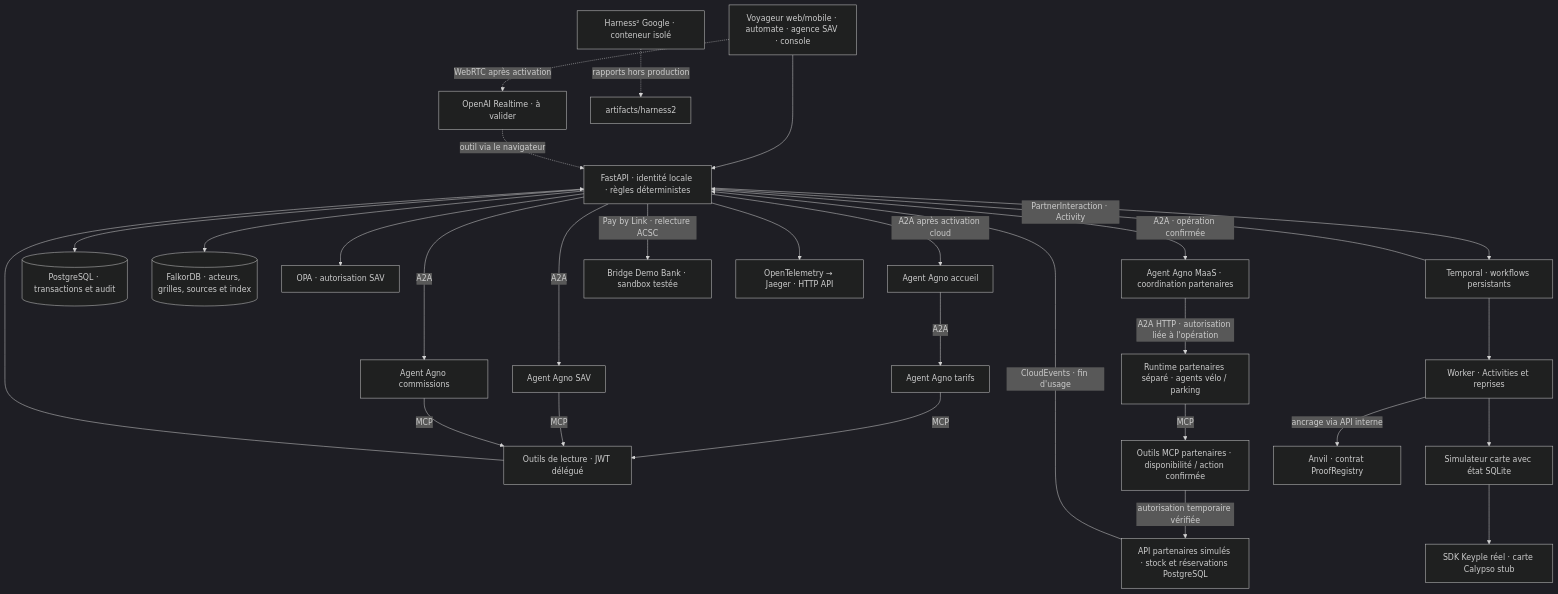
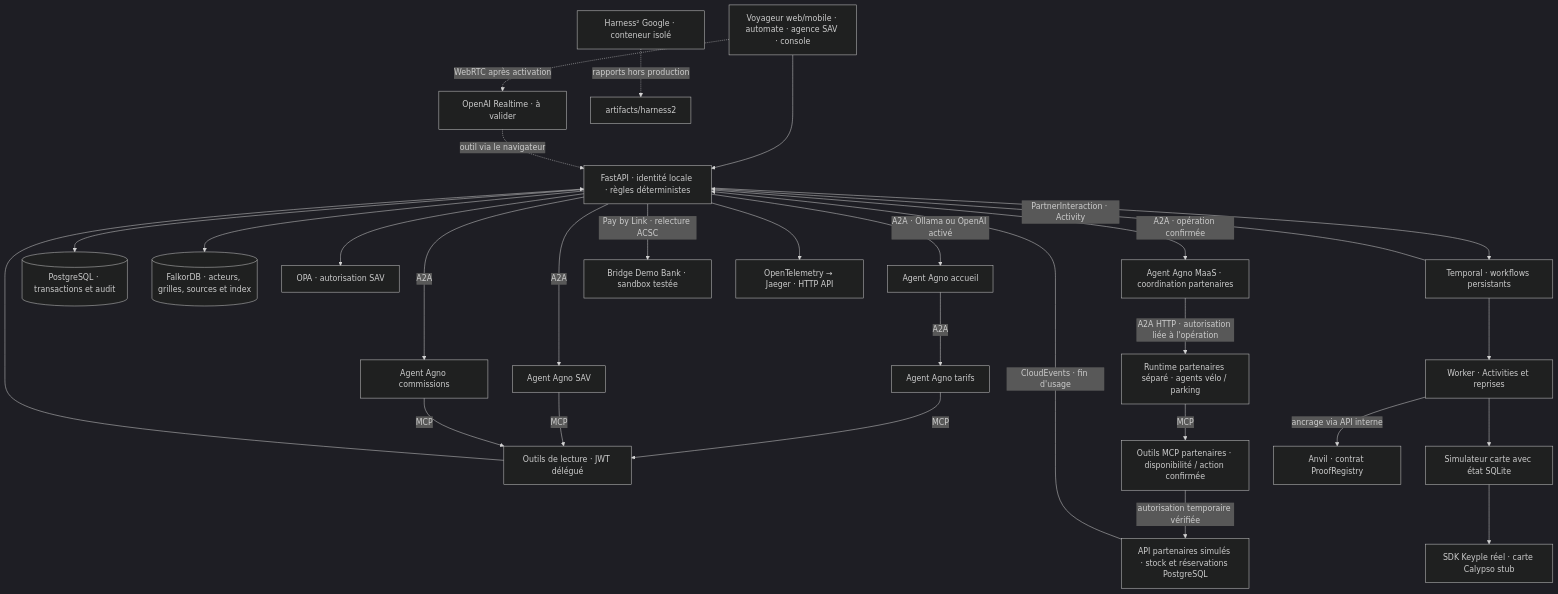
One commit to MaillardBenjamin/agentic-maas-lab changed the diagram in README.md. Above: the diagram before and after it, drawn with Mermaid (dark theme). The commit also changed other lines of this file and 5 other files, not shown here.

Commit message:
docs: explain high-level architecture, protocols and trade-offs

````diff
--- a/README.md
+++ b/README.md
@@ -71,31 +75,31 @@
 ```mermaid
 flowchart TB
     UI["Voyageur web/mobile · automate · agence SAV · console"] --> API["FastAPI · identité locale · règles déterministes"]
     UI -. "WebRTC après activation" .-> VOICE["OpenAI Realtime · à valider"]
     VOICE -. "outil via le navigateur" .-> API
-    API -->|"A2A après activation cloud"| ACC["Agent Agno accueil"]
+    API -->|"A2A · Ollama ou OpenAI activé"| ACC["Agent Agno accueil"]
     ACC -->|A2A| TAR["Agent Agno tarifs"]
     API -->|A2A| SAV["Agent Agno SAV"]
     API -->|A2A| CLEAR["Agent Agno commissions"]
     TAR -->|MCP| MCP["Outils de lecture · JWT délégué"]
     SAV -->|MCP| MCP
     CLEAR -->|MCP| MCP
     MCP --> API
     API --> PG[("PostgreSQL · transactions et audit")]
     API --> GRAPH[("FalkorDB · acteurs, grilles, sources et index")]
     API --> OPA["OPA · autorisation SAV"]
     API --> TEMP["Temporal · workflows persistants"]
     TEMP -->|"PartnerInteraction · Activity"| API
     API -->|"A2A · opération confirmée"| MOB["Agent Agno MaaS · coordination partenaires"]
     MOB -->|"A2A HTTP · autorisation liée à l'opération"| PART["Runtime partenaires séparé · agents vélo / parking"]
     PART -->|MCP| PMCP["Outils MCP partenaires · disponibilité / action confirmée"]
     PMCP -->|"autorisation temporaire vérifiée"| PAPI["API partenaires simulés · stock et réservations PostgreSQL"]
     PAPI -->|"CloudEvents · fin d'usage"| API
     TEMP --> WORKER["Worker · Activities et reprises"]
     WORKER --> SIM["Simulateur carte avec état SQLite"]
     SIM --> KEY["SDK Keyple réel · carte Calypso stub"]
     API -->|"Pay by Link · relecture ACSC"| BANK["Bridge Demo Bank · sandbox testée"]
     WORKER -->|"ancrage via API interne"| CHAIN["Anvil · contrat ProofRegistry"]
     API --> OTEL["OpenTelemetry → Jaeger · HTTP API"]
     LAB["Harness² Google · conteneur isolé"] -. "rapports hors production" .-> ART["artifacts/harness2"]
 ```
````
